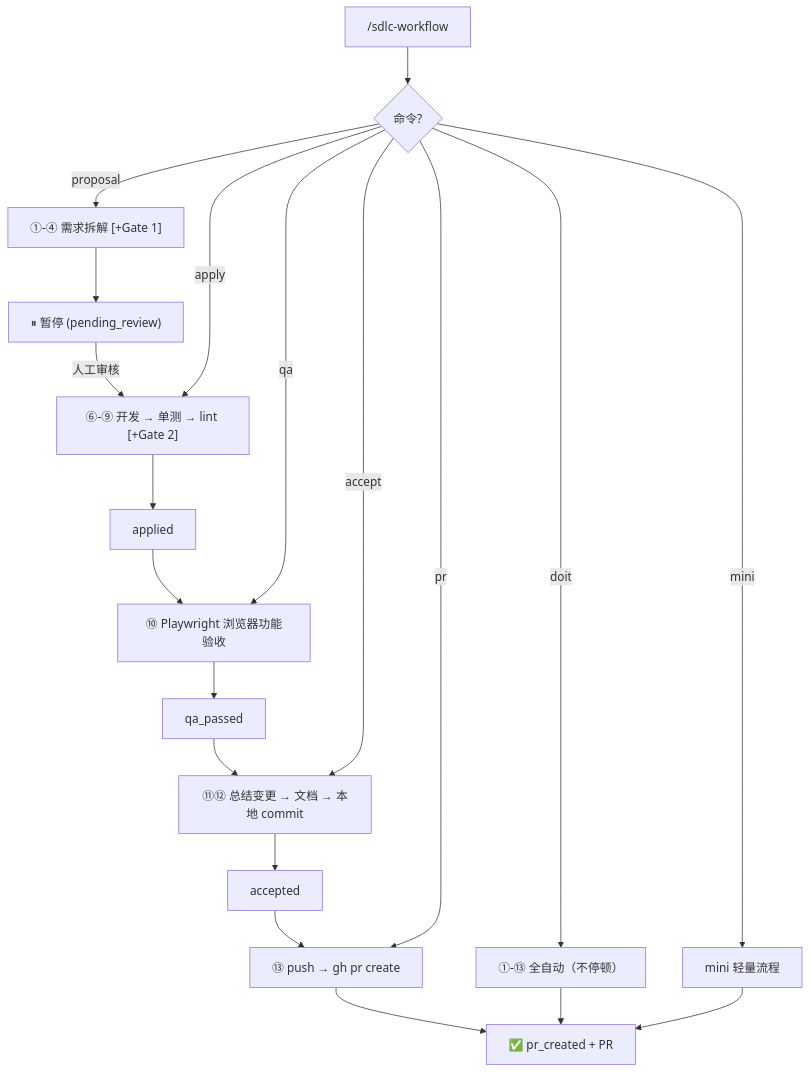
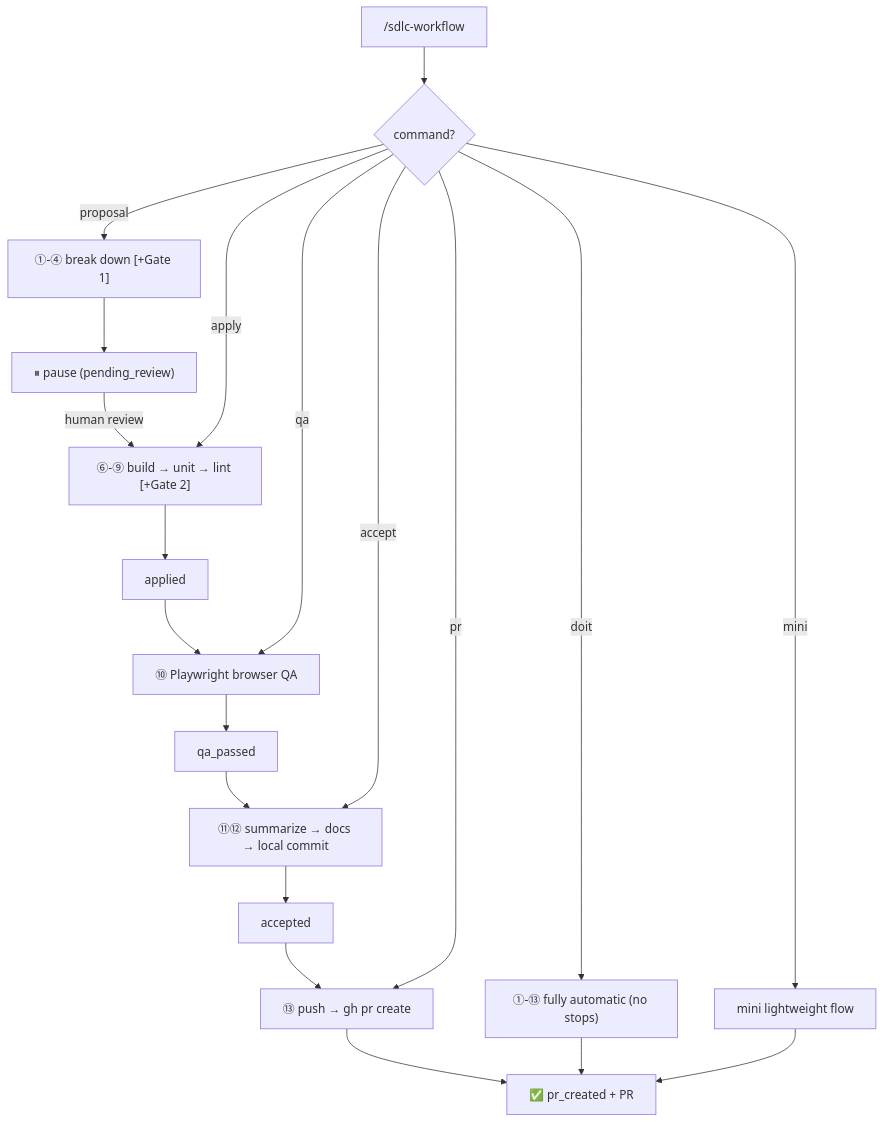
One commit to evan-e2438927/sdlc-workflow changed the diagram in README.md. Above: the diagram before and after it, drawn with Mermaid. The commit also changed other lines of this file and 4 other files, not shown here.

````diff
--- a/README.md
+++ b/README.md
@@ -262,28 +264,28 @@
 ```mermaid
 graph TD
-    START["/sdlc-workflow"] --> CMD{命令?}
-    CMD -->|proposal| P1["①-④ 需求拆解 [+Gate 1]"]
-    P1 --> P_STOP["⏸ 暂停 (pending_review)"]
-    P_STOP -->|人工审核| APPLY
+    START["/sdlc-workflow"] --> CMD{command?}
+    CMD -->|proposal| P1["①-④ break down [+Gate 1]"]
+    P1 --> P_STOP["⏸ pause (pending_review)"]
+    P_STOP -->|human review| APPLY
 
-    CMD -->|apply| APPLY["⑥-⑨ 开发 → 单测 → lint [+Gate 2]"]
+    CMD -->|apply| APPLY["⑥-⑨ build → unit → lint [+Gate 2]"]
     APPLY --> A_END["applied"]
     A_END --> QA
 
-    CMD -->|qa| QA["⑩ Playwright 浏览器功能验收"]
+    CMD -->|qa| QA["⑩ Playwright browser QA"]
     QA --> Q_END["qa_passed"]
     Q_END --> ACCEPT
 
-    CMD -->|accept| ACCEPT["⑪⑫ 总结变更 → 文档 → 本地 commit"]
+    CMD -->|accept| ACCEPT["⑪⑫ summarize → docs → local commit"]
     ACCEPT --> AC_END["accepted"]
     AC_END --> PR
 
     CMD -->|pr| PR["⑬ push → gh pr create"]
     PR --> END["✅ pr_created + PR"]
 
-    CMD -->|doit| DOIT["①-⑬ 全自动（不停顿）"]
+    CMD -->|doit| DOIT["①-⑬ fully automatic (no stops)"]
     DOIT --> END
 
-    CMD -->|mini| MINI["mini 轻量流程"]
+    CMD -->|mini| MINI["mini lightweight flow"]
     MINI --> END
 ```
````
